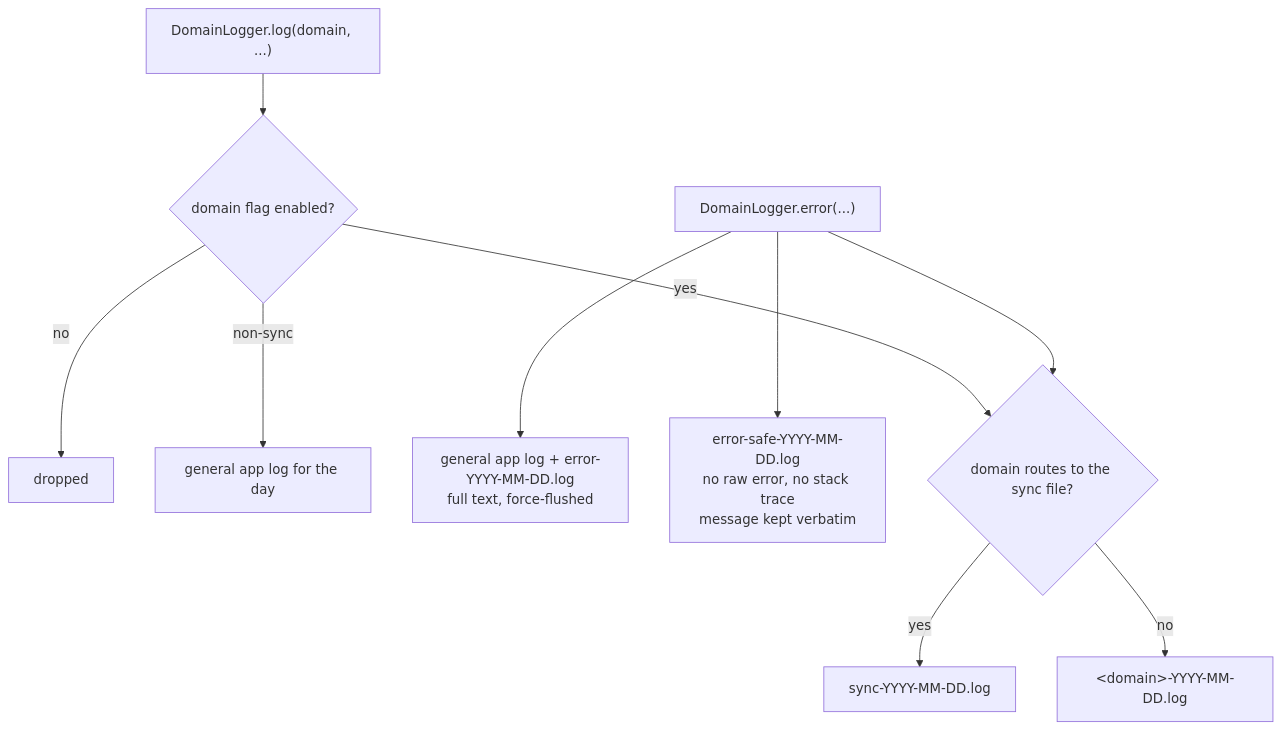
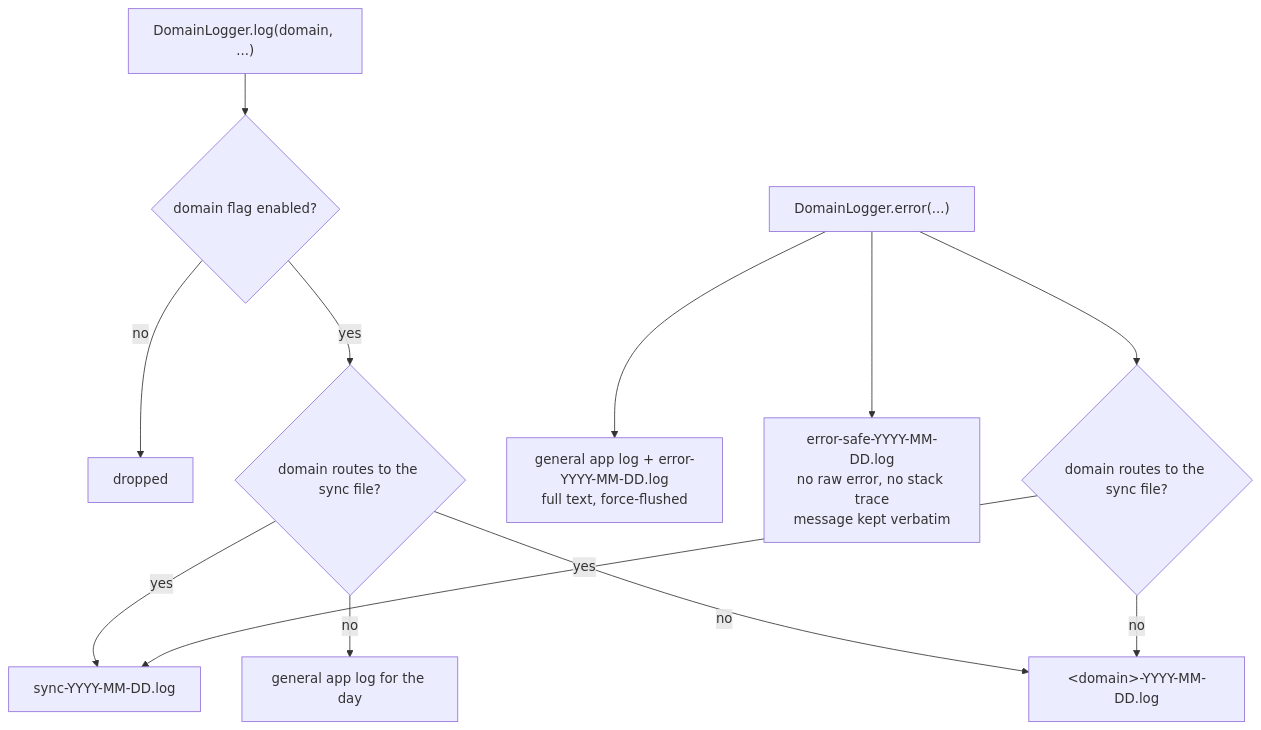
The diagram in knowledge/architecture/logging-and-diagnostics.md (matthiasn/lotti), drawn with Mermaid before and after one commit. The commit also changed other lines of this file and 3 other files, not shown here.

Commit message:
fix: bound queued routine log payloads

````diff
--- a/knowledge/architecture/logging-and-diagnostics.md
+++ b/knowledge/architecture/logging-and-diagnostics.md
@@ -64,12 +64,14 @@
 ```mermaid
 flowchart TD
   Log["DomainLogger.log(domain, ...)"] --> Enabled{"domain flag enabled?"}
   Enabled -->|no| Drop["dropped"]
-  Enabled -->|non-sync| General["general app log for the day"]
+  Enabled -->|yes| RoutineRoute{"domain routes to the sync file?"}
+  RoutineRoute -->|yes| SyncLog["sync-YYYY-MM-DD.log"]
+  RoutineRoute -->|no| General["general app log for the day"]
+  RoutineRoute -->|no| DomainLog["&lt;domain&gt;-YYYY-MM-DD.log"]
   Err["DomainLogger.error(...)"] --> General2["general app log + error-YYYY-MM-DD.log<br/>full text, force-flushed"]
   Err --> Safe["error-safe-YYYY-MM-DD.log<br/>no raw error, no stack trace<br/>message kept verbatim"]
-  Enabled -->|yes| PerDomain
   Err --> PerDomain{"domain routes to the sync file?"}
-  PerDomain -->|yes| SyncLog["sync-YYYY-MM-DD.log"]
-  PerDomain -->|no| DomainLog["&lt;domain&gt;-YYYY-MM-DD.log"]
+  PerDomain -->|yes| SyncLog
+  PerDomain -->|no| DomainLog
 ```
````
